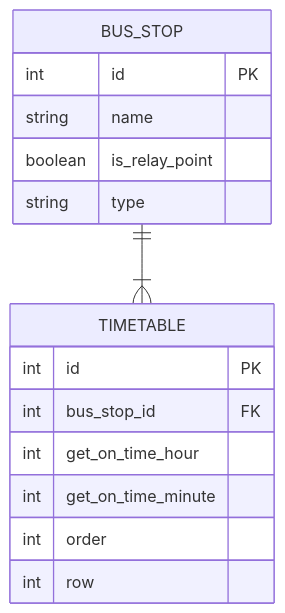
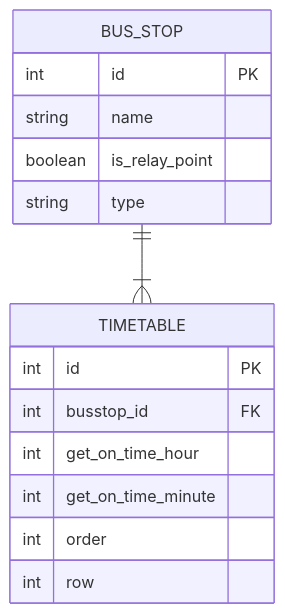
One commit to taiseifukushi/kbus_timetable changed the second of 2 diagrams in doc/diagram.md. Above: the diagram before and after it, drawn with Mermaid. The commit also changed 25 other files, not shown here.

````diff
--- a/doc/diagram.md
+++ b/doc/diagram.md
@@ -31,19 +31,19 @@
 ```mermaid
 erDiagram
     BUS_STOP ||--|{ TIMETABLE: ""
 
     BUS_STOP {
         int id PK
         string name
         boolean is_relay_point
         string type
     }
     TIMETABLE {
         int id PK
-        int bus_stop_id FK
+        int busstop_id FK
         int get_on_time_hour
         int get_on_time_minute
         int order
         int row
     }
 ```
````
